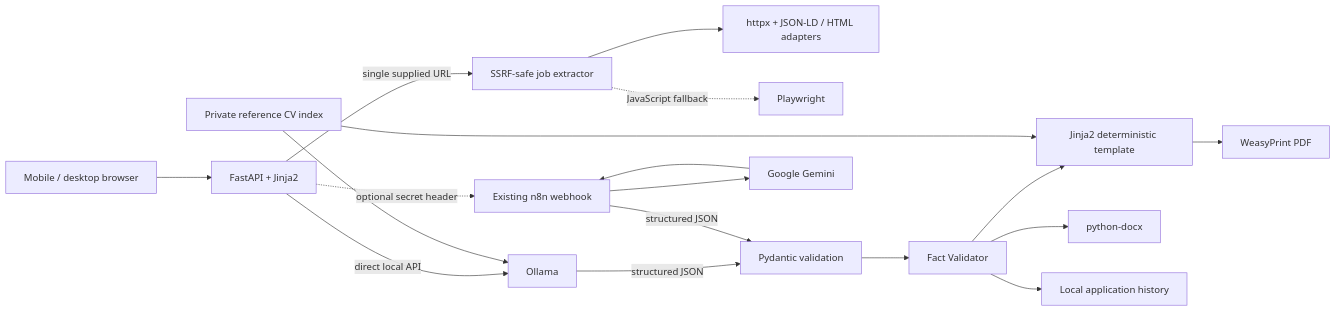
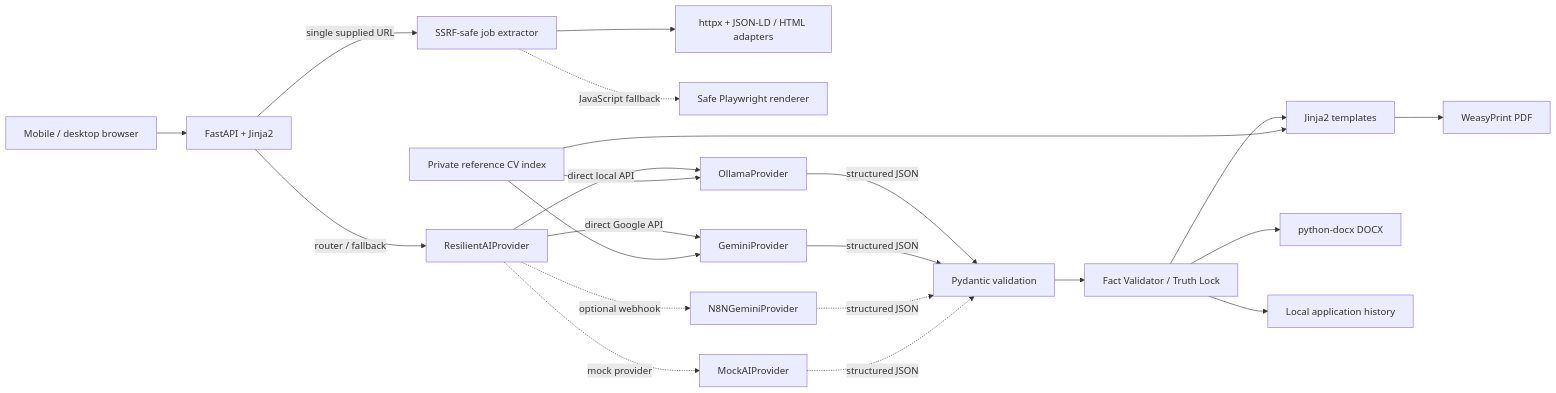
The diagram in docs/architecture.md (Rafalbanas/ai-resume-tailoring-platform), drawn with Mermaid before and after one commit. The commit also changed other lines of this file and 5 other files, not shown here.

````diff
--- a/docs/architecture.md
+++ b/docs/architecture.md
@@ -3,20 +3,24 @@
 ```mermaid
 flowchart LR
     B[Mobile / desktop browser] --> F[FastAPI + Jinja2]
     F -->|single supplied URL| E[SSRF-safe job extractor]
     E --> H[httpx + JSON-LD / HTML adapters]
-    E -. JavaScript fallback .-> PW[Playwright]
-    F -->|direct local API| O[Ollama]
-    O -->|structured JSON| P
-    F -. optional secret header .-> N[Existing n8n webhook]
-    N --> G[Google Gemini]
-    G --> N
-    N -->|structured JSON| P[Pydantic validation]
-    P --> V[Fact Validator]
-    V --> J[Jinja2 deterministic template]
-    R[Private reference CV index] --> O
-    R --> J
+    E -. JavaScript fallback .-> PW[Safe Playwright renderer]
+    F -->|router / fallback| R[ResilientAIProvider]
+    R -->|direct local API| O[OllamaProvider]
+    R -->|direct Google API| G[GeminiProvider]
+    R -. optional webhook .-> N[N8NGeminiProvider]
+    R -. mock provider .-> M[MockAIProvider]
+    O -->|structured JSON| P[Pydantic validation]
+    G -->|structured JSON| P
+    N -. structured JSON .-> P
+    M -. structured JSON .-> P
+    P --> V[Fact Validator / Truth Lock]
+    V --> J[Jinja2 templates]
+    REF[Private reference CV index] --> O
+    REF --> G
+    REF --> J
     J --> PDF[WeasyPrint PDF]
-    V --> DOCX[python-docx]
+    V --> DOCX[python-docx DOCX]
     V --> FS[Local application history]
 ```
````
